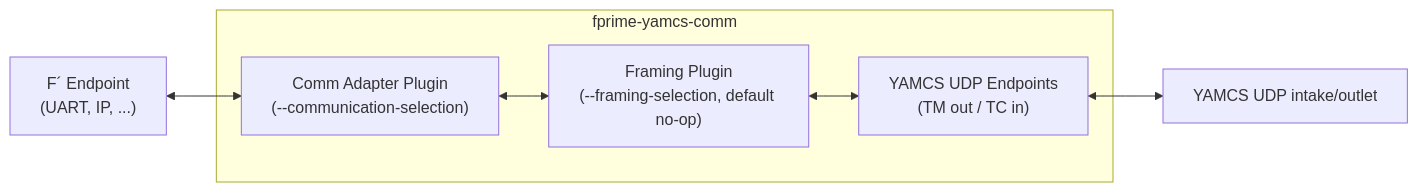
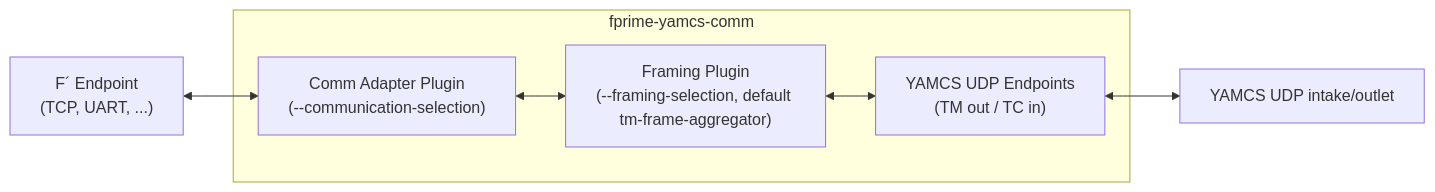
One commit to JPL-Devin/fprime-yamcs changed the first of 2 diagrams in README.md. Above: the diagram before and after it, drawn with Mermaid. The commit also changed other lines of this file and 6 other files, not shown here.

First line of the commit message:
Autostart fprime-yamcs-comm for non-UDP adapters, defaulting to tcp-fast-server:50000 + tm-frame-aggregator (#26)

````diff
--- a/README.md
+++ b/README.md
@@ -80,12 +101,12 @@
 ```mermaid
 flowchart LR
     subgraph COMM["fprime-yamcs-comm"]
         ADPT["Comm Adapter Plugin<br/>(--communication-selection)"]
-        FRAME["Framing Plugin<br/>(--framing-selection, default no-op)"]
+        FRAME["Framing Plugin<br/>(--framing-selection, default tm-frame-aggregator)"]
         UDP["YAMCS UDP Endpoints<br/>(TM out / TC in)"]
         ADPT <--> FRAME
         FRAME <--> UDP
     end
-    EP["F´ Endpoint<br/>(UART, IP, ...)"] <--> ADPT
+    EP["F´ Endpoint<br/>(TCP, UART, ...)"] <--> ADPT
     UDP <--> YAMCS["YAMCS UDP intake/outlet"]
 ```
````
